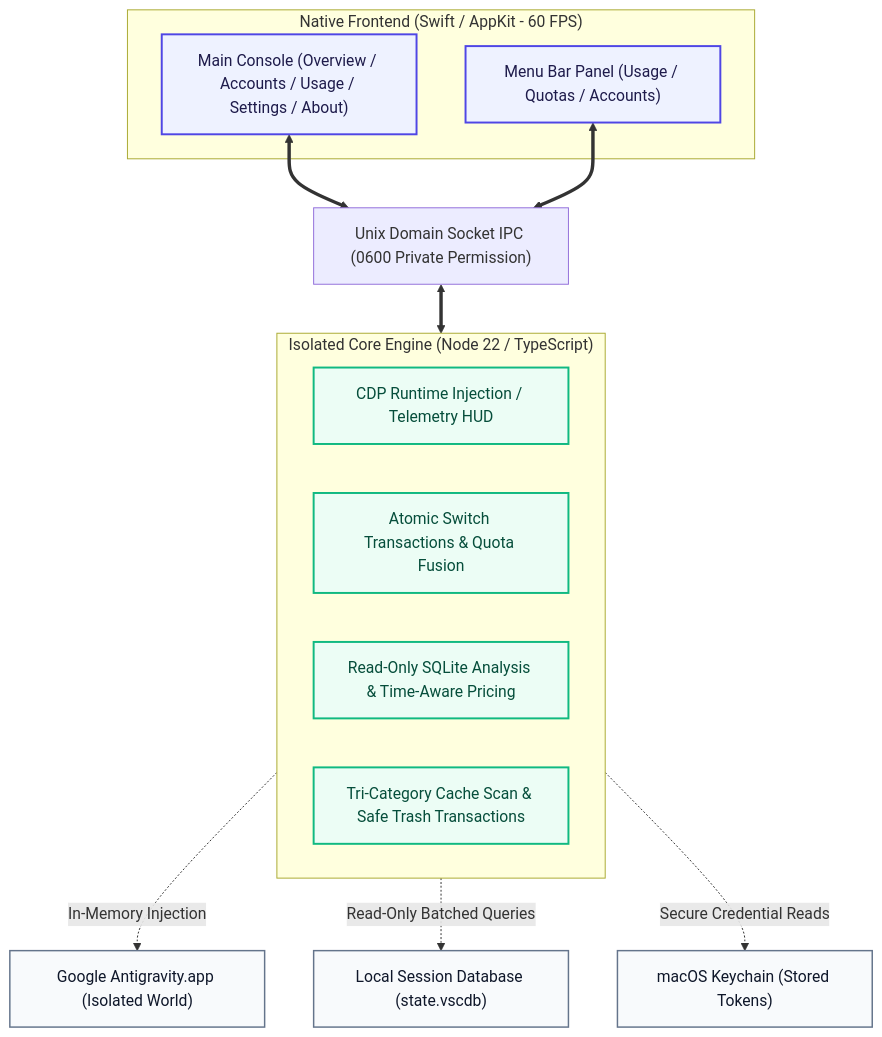
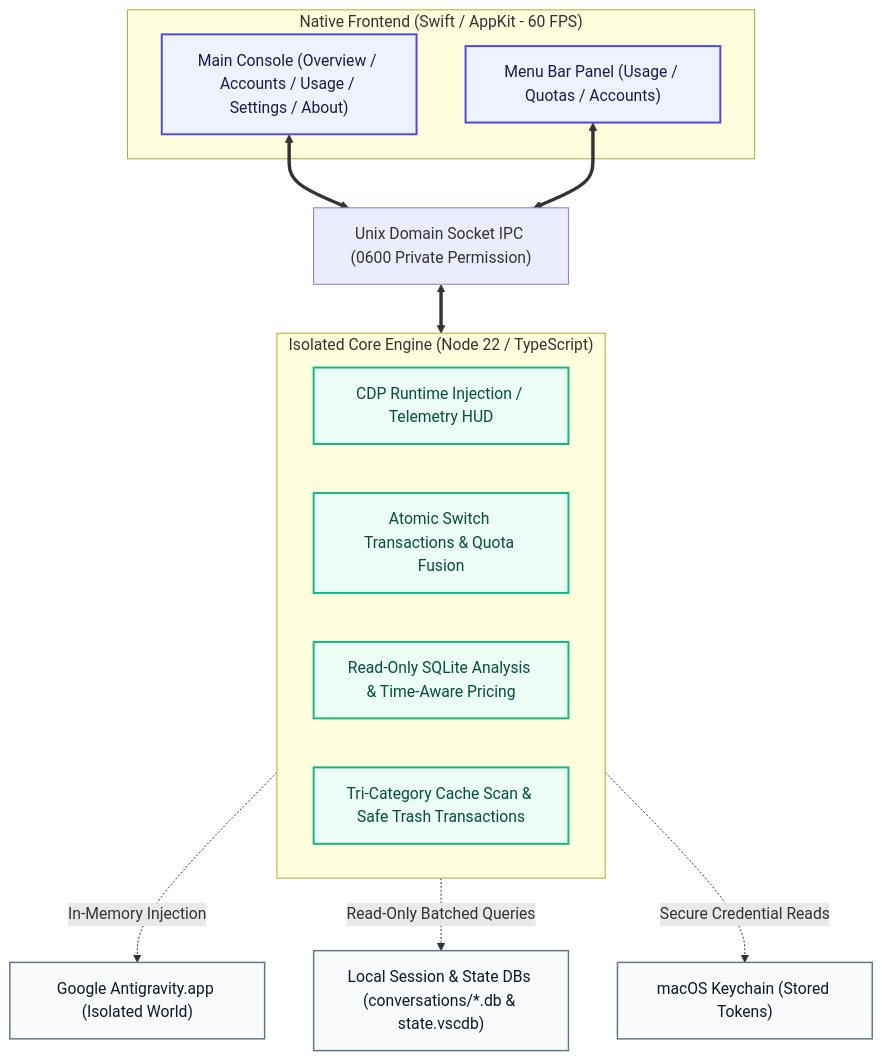
Before and after one commit to Enzoo404/gravitybox: the diagram in README_EN.md, drawn with Mermaid. The commit also changed other lines of this file and 57 other files, not shown here.

````diff
--- a/README_EN.md
+++ b/README_EN.md
@@ -234,27 +234,27 @@
 ```mermaid
 graph TD
     classDef native fill:#EEF2FF,stroke:#4F46E5,stroke-width:2px,color:#1E1B4B;
     classDef core fill:#ECFDF5,stroke:#10B981,stroke-width:2px,color:#064E3B;
     classDef ext fill:#F8FAFC,stroke:#64748B,stroke-width:1.5px,color:#0F172A;
 
     subgraph NativeUI["Native Frontend (Swift / AppKit - 60 FPS)"]
         MW["Main Console (Overview / Accounts / Usage / Settings / About)"]:::native
         MB["Menu Bar Panel (Usage / Quotas / Accounts)"]:::native
     end
 
     UDS["Unix Domain Socket IPC (0600 Private Permission)"]
 
     subgraph CoreBackend["Isolated Core Engine (Node 22 / TypeScript)"]
         Engine["CDP Runtime Injection / Telemetry HUD"]:::core
         Accounts["Atomic Switch Transactions & Quota Fusion"]:::core
         Usage["Read-Only SQLite Analysis & Time-Aware Pricing"]:::core
         Maintenance["Tri-Category Cache Scan & Safe Trash Transactions"]:::core
     end
 
     MW <==> UDS <==> CoreBackend
     MB <==> UDS
 
     CoreBackend -. In-Memory Injection .-> TargetApp["Google Antigravity.app (Isolated World)"]:::ext
-    CoreBackend -. Read-Only Batched Queries .-> SQLiteDB["Local Session Database (state.vscdb)"]:::ext
+    CoreBackend -. Read-Only Batched Queries .-> SQLiteDB["Local Session & State DBs (conversations/*.db & state.vscdb)"]:::ext
     CoreBackend -. Secure Credential Reads .-> Keychain["macOS Keychain (Stored Tokens)"]:::ext
 ```
````
